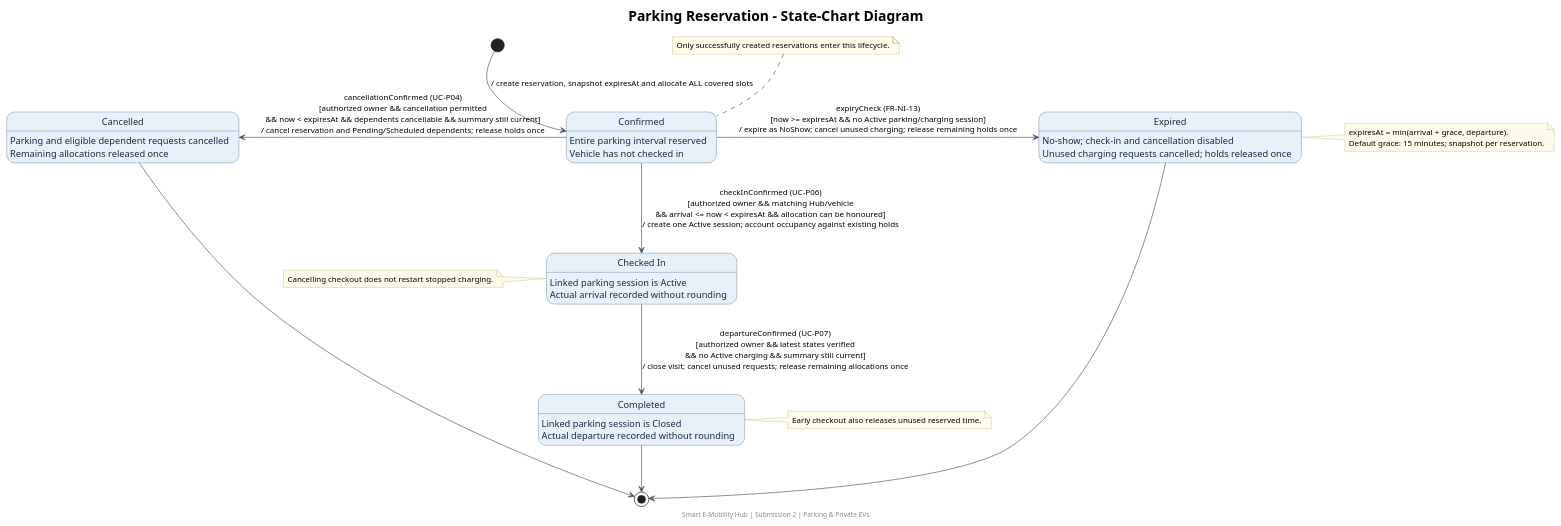
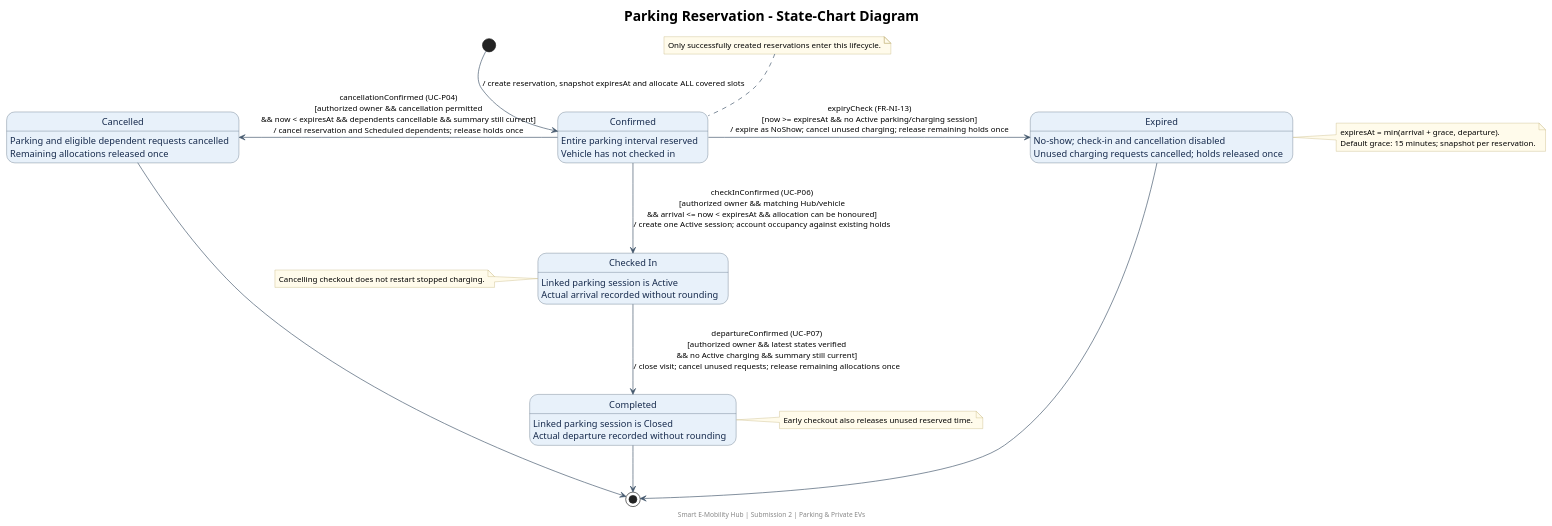
Before and after one commit to thanhpham1108/smart-e-mobility-hub: the diagram in docs/submission-2/state-chart-diagrams/parking-private-ev/SC_ParkingReservation.puml, drawn with PlantUML. The commit also changed 59 other files, not shown here.

```diff
--- a/docs/submission-2/state-chart-diagrams/parking-private-ev/SC_ParkingReservation.puml
+++ b/docs/submission-2/state-chart-diagrams/parking-private-ev/SC_ParkingReservation.puml
@@ -1,67 +1,67 @@
 @startuml
 skinparam backgroundColor #FFFFFF
 skinparam shadowing false
 skinparam defaultFontName SansSerif
 skinparam defaultFontSize 14
 skinparam titleFontSize 21
 skinparam ArrowColor #42566B
 skinparam ArrowFontSize 12
 skinparam nodesep 65
 skinparam ranksep 70
 skinparam state {
   BackgroundColor #E8F1FA
   BorderColor #42566B
   FontColor #172B4D
   StartColor #253E55
   EndColor #253E55
 }
 skinparam note {
   BackgroundColor #FFFBEB
   BorderColor #BBA86A
   FontSize 12
 }
 title Parking Reservation - State-Chart Diagram
 
 state "Confirmed" as Confirmed
 Confirmed : Entire parking interval reserved
 Confirmed : Vehicle has not checked in
 state "Checked In" as CheckedIn
 CheckedIn : Linked parking session is Active
 CheckedIn : Actual arrival recorded without rounding
 state "Completed" as Completed
 Completed : Linked parking session is Closed
 Completed : Actual departure recorded without rounding
 state "Cancelled" as Cancelled
 Cancelled : Parking and eligible dependent requests cancelled
 Cancelled : Remaining allocations released once
 state "Expired" as Expired
 Expired : No-show; check-in and cancellation disabled
 Expired : Unused charging requests cancelled; holds released once
 
 [*] --> Confirmed : / create reservation, snapshot expiresAt and allocate ALL covered slots
 note top of Confirmed
   Only successfully created reservations enter this lifecycle.
 end note
 
 Confirmed -down-> CheckedIn : checkInConfirmed (UC-P06)\n[authorized owner && matching Hub/vehicle\n&& arrival <= now < expiresAt && allocation can be honoured]\n/ create one Active session; account occupancy against existing holds
-Confirmed -left-> Cancelled : cancellationConfirmed (UC-P04)\n[authorized owner && cancellation permitted\n&& now < expiresAt && dependents cancellable && summary still current]\n/ cancel reservation and Pending/Scheduled dependents; release holds once
+Confirmed -left-> Cancelled : cancellationConfirmed (UC-P04)\n[authorized owner && cancellation permitted\n&& now < expiresAt && dependents cancellable && summary still current]\n/ cancel reservation and Scheduled dependents; release holds once
 Confirmed -right-> Expired : expiryCheck (FR-NI-13)\n[now >= expiresAt && no Active parking/charging session]\n/ expire as NoShow; cancel unused charging; release remaining holds once
 
 CheckedIn -down-> Completed : departureConfirmed (UC-P07)\n[authorized owner && latest states verified\n&& no Active charging && summary still current]\n/ close visit; cancel unused requests; release remaining allocations once
 note left of CheckedIn
   Cancelling checkout does not restart stopped charging.
 end note
 note right of Expired
   expiresAt = min(arrival + grace, departure).
   Default grace: 15 minutes; snapshot per reservation.
 end note
 note right of Completed
   Early checkout also releases unused reserved time.
 end note
 
 Cancelled --> [*]
 Completed --> [*]
 Expired --> [*]
 
 footer Smart E-Mobility Hub | Submission 2 | Parking & Private EVs
 @enduml
```
